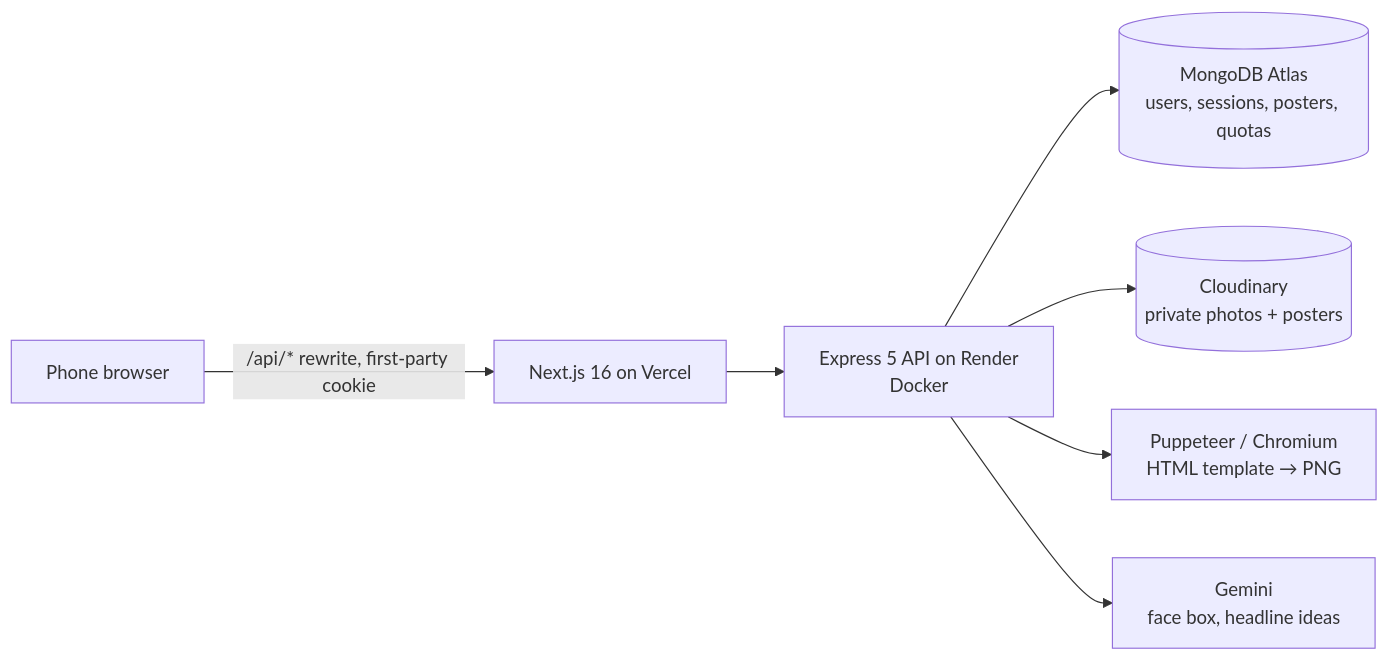
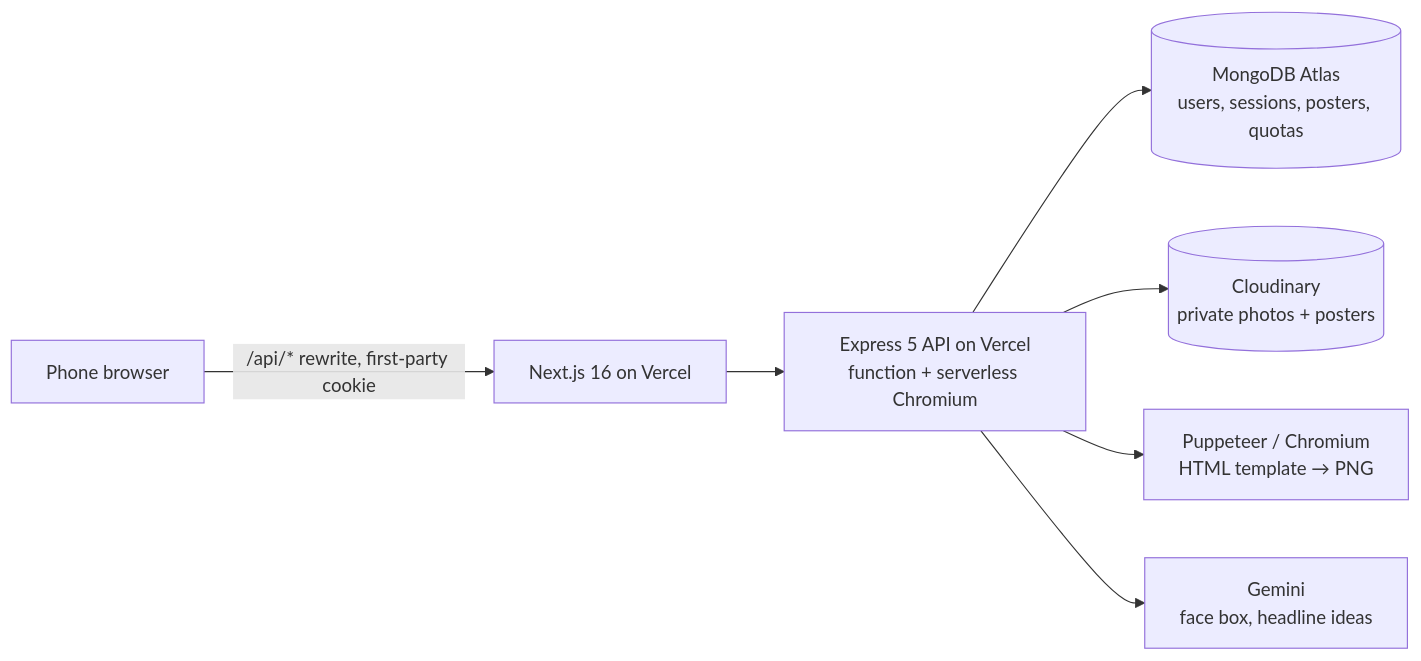
Before and after one commit to souravnath4587-cmd/AI-Political-Poster-Maker: the diagram in README.md, drawn with Mermaid. The commit also changed other lines of this file and 20 other files, not shown here.

````diff
--- a/README.md
+++ b/README.md
@@ -41,9 +41,9 @@
 ```mermaid
 flowchart LR
   B[Phone browser] -->|/api/* rewrite, first-party cookie| W[Next.js 16 on Vercel]
-  W --> A[Express 5 API on Render<br/>Docker]
+  W --> A[Express 5 API on Vercel<br/>function + serverless Chromium]
   A --> M[(MongoDB Atlas<br/>users, sessions, posters, quotas)]
   A --> C[(Cloudinary<br/>private photos + posters)]
   A --> P[Puppeteer / Chromium<br/>HTML template → PNG]
   A --> G[Gemini<br/>face box, headline ideas]
 ```
````
